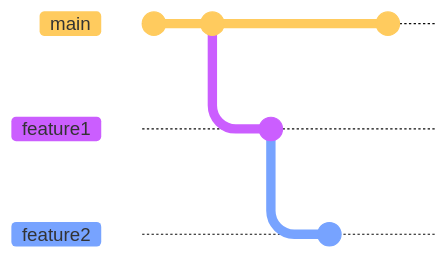
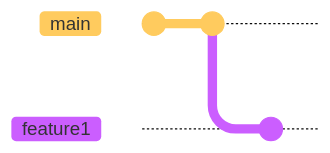
The fourth of 6 diagrams in pages/do-the-change.md (mikelorant/from-ticket-to-pull-request), drawn with Mermaid before and after one commit. The commit also changed other lines of this file and 2 other files, not shown here. Commit ids are hidden.

First line of the commit message:
Simplify process for new commits

````diff
--- a/pages/do-the-change.md
+++ b/pages/do-the-change.md
@@ -169,13 +182,10 @@
 ```mermaid {scale: 0.8}
-%%{init: {'theme': 'base', 'gitGraph': {'showCommitLabel': false}} }%%
+%%{init: {'theme': 'base', 'gitGraph': {'showCommitLabel': false, 'parallelCommits': true}} }%%
 
 gitGraph
   commit
   commit
   branch feature1
   commit
-  branch feature2
-  commit
   checkout main
-  commit
 ```
````
